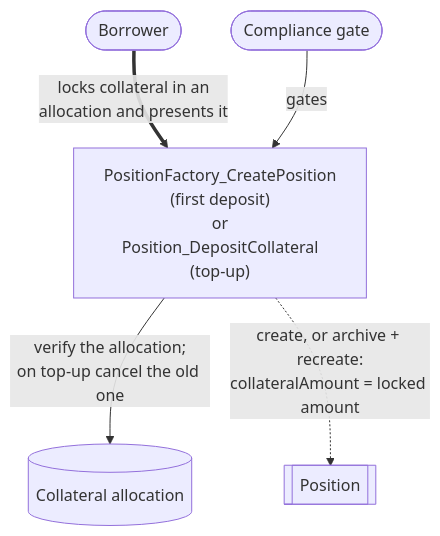
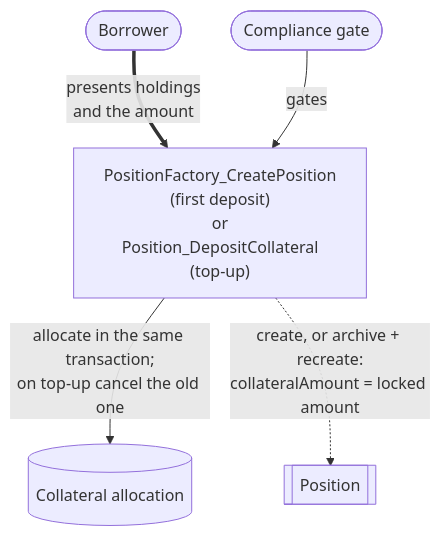
One commit to OpenZeppelin/canton-specs changed the second of 8 diagrams in docs/reference-architectures/lending.md. Above: the diagram before and after it, drawn with Mermaid. The commit also changed other lines of this file, not shown here.

Commit message:
Change allocation model to committed iterated allocations owned by funder and borrower, and rebalancing between them.

````diff
--- a/docs/reference-architectures/lending.md
+++ b/docs/reference-architectures/lending.md
@@ -269,13 +278,13 @@
 ```mermaid
 flowchart TD
     Borrower([Borrower])
     Compliance(["Compliance gate"])
     Choice["PositionFactory_CreatePosition<br/>(first deposit)<br/>or<br/>Position_DepositCollateral<br/>(top-up)"]
     Position[["Position"]]
     Collateral[("Collateral allocation")]
 
-    Borrower ==>|"locks collateral in an<br/>allocation and presents it"| Choice
+    Borrower ==>|"presents holdings<br/>and the amount"| Choice
     Compliance -->|"gates"| Choice
-    Choice -->|"verify the allocation;<br/>on top-up cancel the old one"| Collateral
+    Choice -->|"allocate in the same transaction;<br/>on top-up cancel the old one"| Collateral
     Choice -.->|"create, or archive + recreate:<br/>collateralAmount = locked amount"| Position
 ```
````
